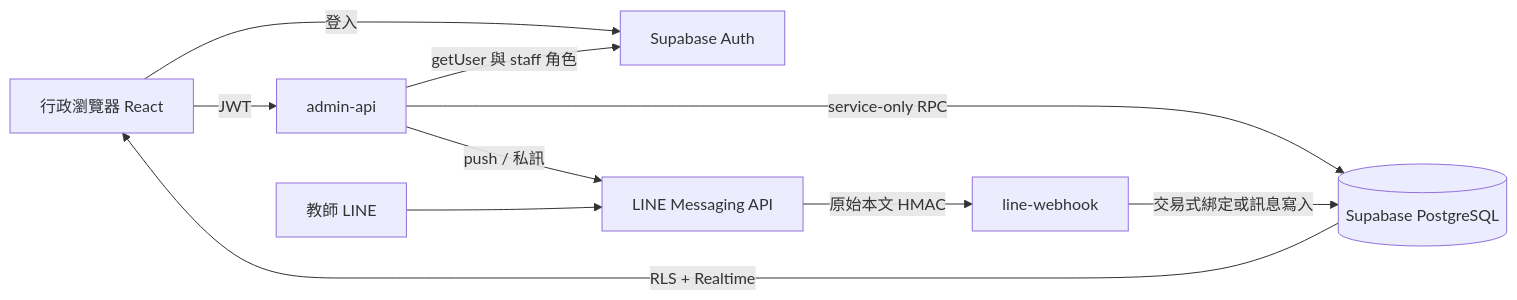
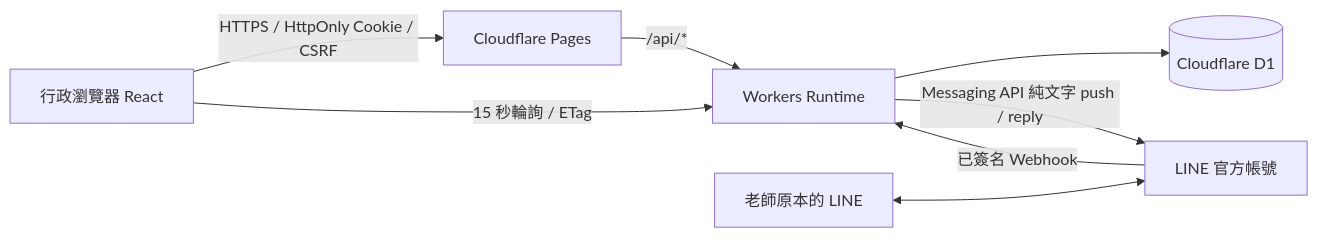
Before and after one commit to ching-yu430/office-line-notifier: the diagram in docs/ARCHITECTURE.md, drawn with Mermaid. The commit also changed other lines of this file and 50 other files, not shown here.

Commit message:
將後端改為 Cloudflare Workers 與 D1，保留介面並完成本機文字收發測試

````diff
--- a/docs/ARCHITECTURE.md
+++ b/docs/ARCHITECTURE.md
@@ -15,12 +7,10 @@
 ```mermaid
 flowchart LR
-  A[行政瀏覽器 React] -->|登入| H[Supabase Auth]
-  A -->|JWT| E[admin-api]
-  E -->|getUser 與 staff 角色| H
-  E -->|service-only RPC| D[(Supabase PostgreSQL)]
-  E -->|push / 私訊| L[LINE Messaging API]
-  T[教師 LINE] --> L
-  L -->|原始本文 HMAC| W[line-webhook]
-  W -->|交易式綁定或訊息寫入| D
-  D -->|RLS + Realtime| A
+ A[行政瀏覽器 React] -->|HTTPS / HttpOnly Cookie / CSRF| P[Cloudflare Pages]
+ P -->|/api/*| W[Workers Runtime]
+ W --> D[(Cloudflare D1)]
+ W -->|Messaging API 純文字 push / reply| L[LINE 官方帳號]
+ L -->|已簽名 Webhook| W
+ A -->|15 秒輪詢 / ETag| W
+ T[老師原本的 LINE] <--> L
 ```
````
